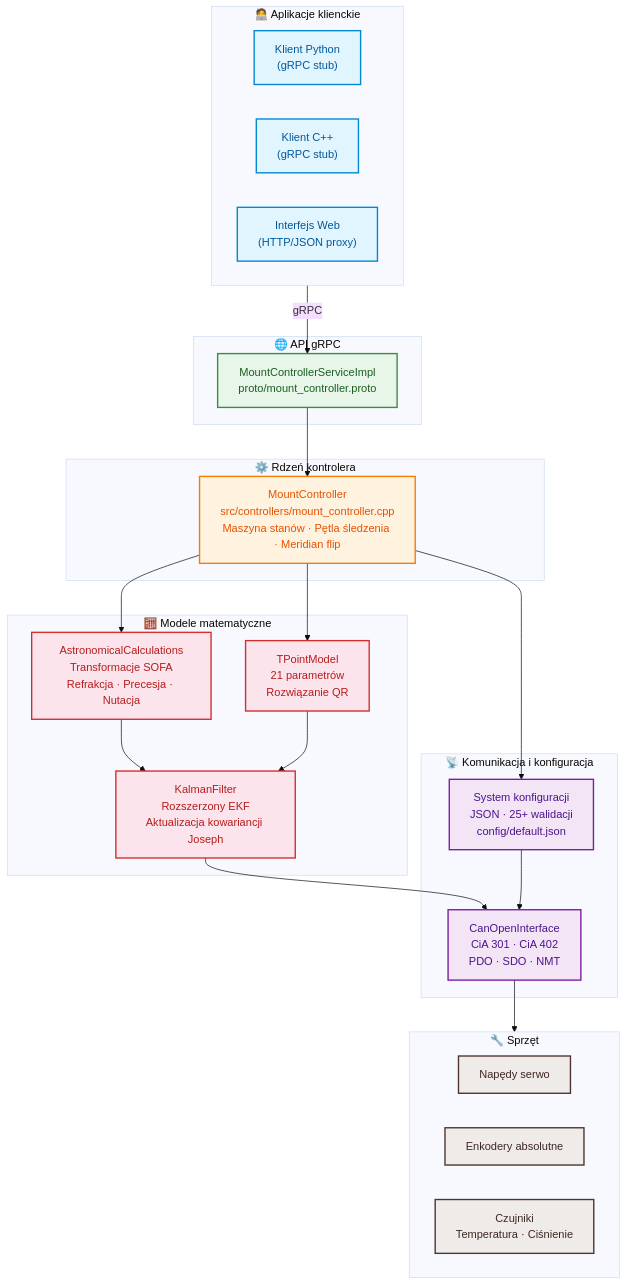
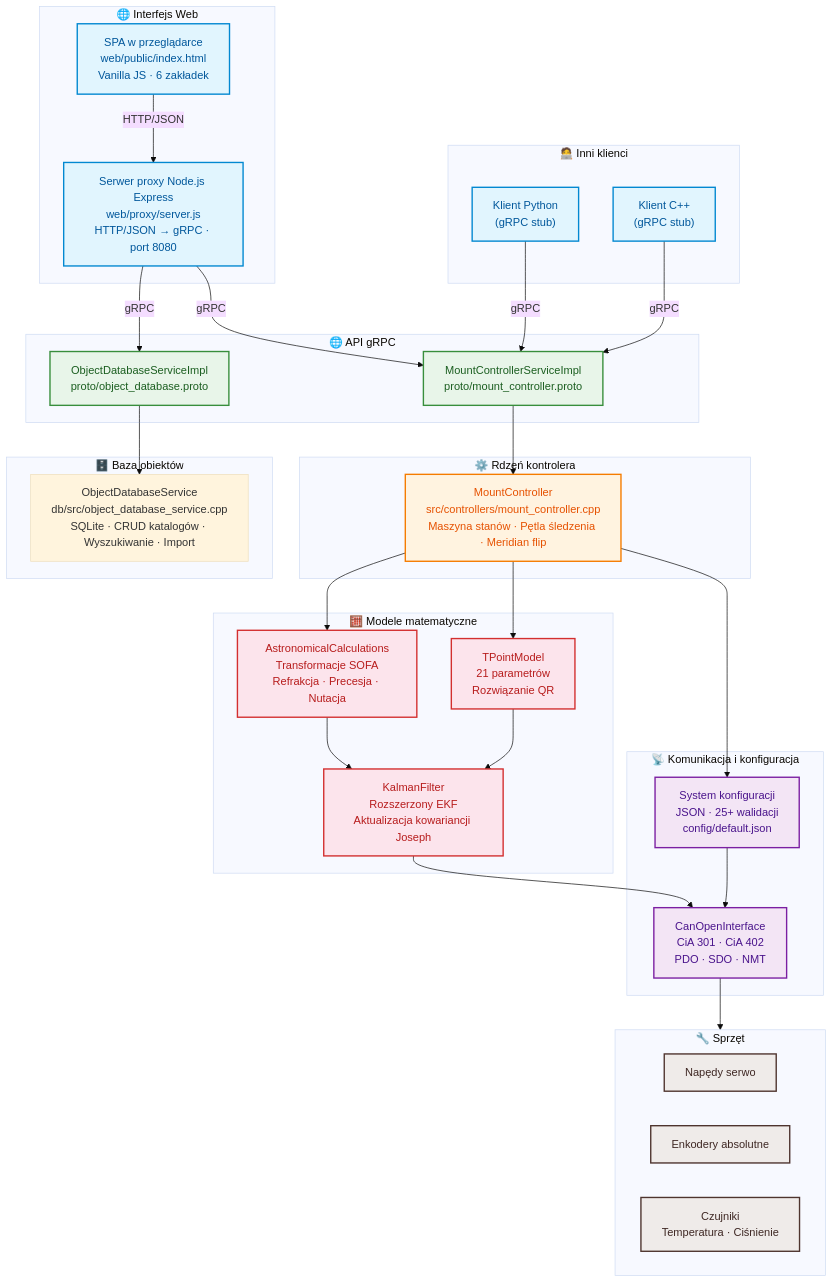
One commit to pielaszkiewicz-jacek/astro_mount_control changed the first of 2 diagrams in docs/pl/index.md. Above: the diagram before and after it, drawn with Mermaid (base theme). The commit also changed other lines of this file and 22 other files, not shown here.

````diff
--- a/docs/pl/index.md
+++ b/docs/pl/index.md
@@ -37,60 +41,75 @@
 ```mermaid
 flowchart TB
     %% Style
     classDef client fill:#e1f5fe,stroke:#0288d1,stroke-width:2px,color:#01579b
     classDef api fill:#e8f5e9,stroke:#388e3c,stroke-width:2px,color:#1b5e20
     classDef core fill:#fff3e0,stroke:#f57c00,stroke-width:2px,color:#e65100
     classDef model fill:#fce4ec,stroke:#d32f2f,stroke-width:2px,color:#b71c1c
     classDef comm fill:#f3e5f5,stroke:#7b1fa2,stroke-width:2px,color:#4a148c
     classDef hw fill:#efebe9,stroke:#4e342e,stroke-width:2px,color:#3e2723
     classDef cfg fill:#e0f7fa,stroke:#00838f,stroke-width:2px,color:#004d40
 
-    subgraph CLIENTS["🧑‍💻 Aplikacje klienckie"]
+    subgraph WEBUI["🌐 Interfejs Web"]
+        SPA["SPA w przeglądarce<br/>web/public/index.html<br/>Vanilla JS · 6 zakładek"]
+        PROXY["Serwer proxy Node.js Express<br/>web/proxy/server.js<br/>HTTP/JSON → gRPC · port 8080"]
+    end
+
+    subgraph CLIENTS["🧑‍💻 Inni klienci"]
         PY["Klient Python<br/>(gRPC stub)"]
         CPP["Klient C++<br/>(gRPC stub)"]
-        WEB["Interfejs Web<br/>(HTTP/JSON proxy)"]
     end
 
     subgraph API["🌐 API gRPC"]
         GRPC["MountControllerServiceImpl<br/>proto/mount_controller.proto"]
+        DB_GRPC["ObjectDatabaseServiceImpl<br/>proto/object_database.proto"]
     end
 
     subgraph CORE["⚙️ Rdzeń kontrolera"]
         MC["MountController<br/>src/controllers/mount_controller.cpp<br/>Maszyna stanów · Pętla śledzenia · Meridian flip"]
     end
 
     subgraph MODELS["🧮 Modele matematyczne"]
         ASTRO["AstronomicalCalculations<br/>Transformacje SOFA<br/>Refrakcja · Precesja · Nutacja"]
         TPOINT["TPointModel<br/>21 parametrów<br/>Rozwiązanie QR"]
         KF["KalmanFilter<br/>Rozszerzony EKF<br/>Aktualizacja kowariancji Joseph"]
     end
 
     subgraph COMM["📡 Komunikacja i konfiguracja"]
         CAN["CanOpenInterface<br/>CiA 301 · CiA 402<br/>PDO · SDO · NMT"]
         CONFIG["System konfiguracji<br/>JSON · 25+ walidacji<br/>config/default.json"]
     end
 
+    subgraph DB_SVC["🗄️ Baza obiektów"]
+        DB_SERVICE["ObjectDatabaseService<br/>db/src/object_database_service.cpp<br/>SQLite · CRUD katalogów · Wyszukiwanie · Import"]
+    end
+
     subgraph HW["🔧 Sprzęt"]
         HW1["Napędy serwo"]
         HW2["Enkodery absolutne"]
         HW3["Czujniki<br/>Temperatura · Ciśnienie"]
     end
 
-    CLIENTS -->|gRPC| GRPC
+    SPA -->|"HTTP/JSON"| PROXY
+    PROXY -->|"gRPC"| GRPC
+    PROXY -->|"gRPC"| DB_GRPC
+    PY -->|gRPC| GRPC
+    CPP -->|gRPC| GRPC
     GRPC --> MC
+    DB_GRPC --> DB_SERVICE
     MC --> ASTRO
     MC --> TPOINT
     MC --> CONFIG
     ASTRO --> KF
     TPOINT --> KF
     KF --> CAN
     CONFIG --> CAN
     CAN --> HW
 
-    class PY,CPP,WEB client
-    class GRPC api
+    class SPA,PROXY client
+    class PY,CPP client
+    class GRPC,DB_GRPC api
     class MC core
     class ASTRO,TPOINT,KF model
     class CAN,CONFIG comm
     class HW1,HW2,HW3 hw
 ```
````
